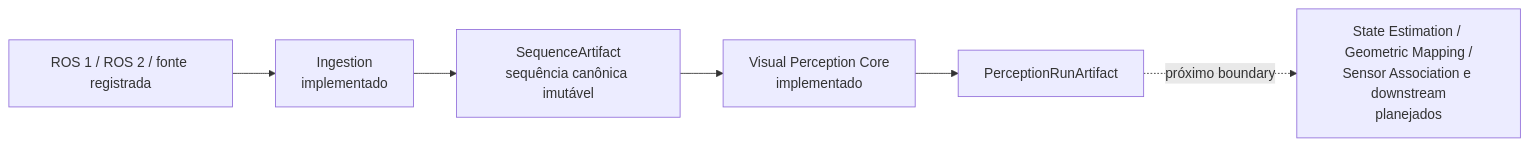
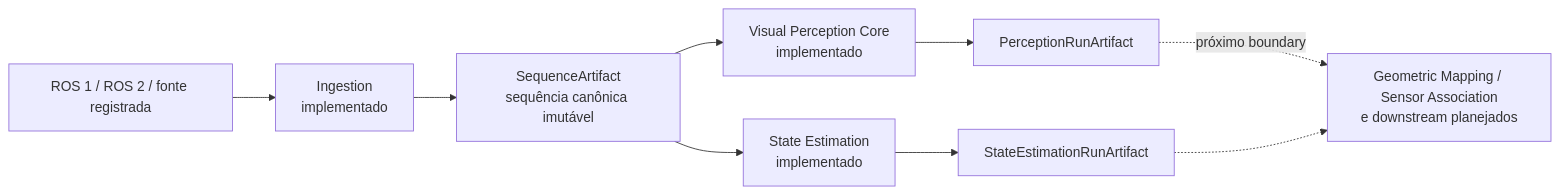
One commit to Alexandre-Tortoza/contextmap2 changed the second of 3 diagrams in docs/README.md. Above: the diagram before and after it, drawn with Mermaid. The commit also changed other lines of this file and 5 other files, not shown here.

````diff
--- a/docs/README.md
+++ b/docs/README.md
@@ -37,8 +37,11 @@
 ```mermaid
 flowchart LR
     RAW["ROS 1 / ROS 2 / fonte registrada"] --> ING["Ingestion<br/>implementado"]
     ING --> SEQ["SequenceArtifact<br/>sequência canônica imutável"]
     SEQ --> VP["Visual Perception Core<br/>implementado"]
     VP --> PR["PerceptionRunArtifact"]
-    PR -. próximo boundary .-> SA["State Estimation / Geometric Mapping /<br/>Sensor Association e downstream<br/>planejados"]
+    SEQ --> ST["State Estimation<br/>implementado"]
+    ST --> TR["StateEstimationRunArtifact"]
+    PR -. próximo boundary .-> SA["Geometric Mapping / Sensor Association<br/>e downstream planejados"]
+    TR -.-> SA
 ```
````
